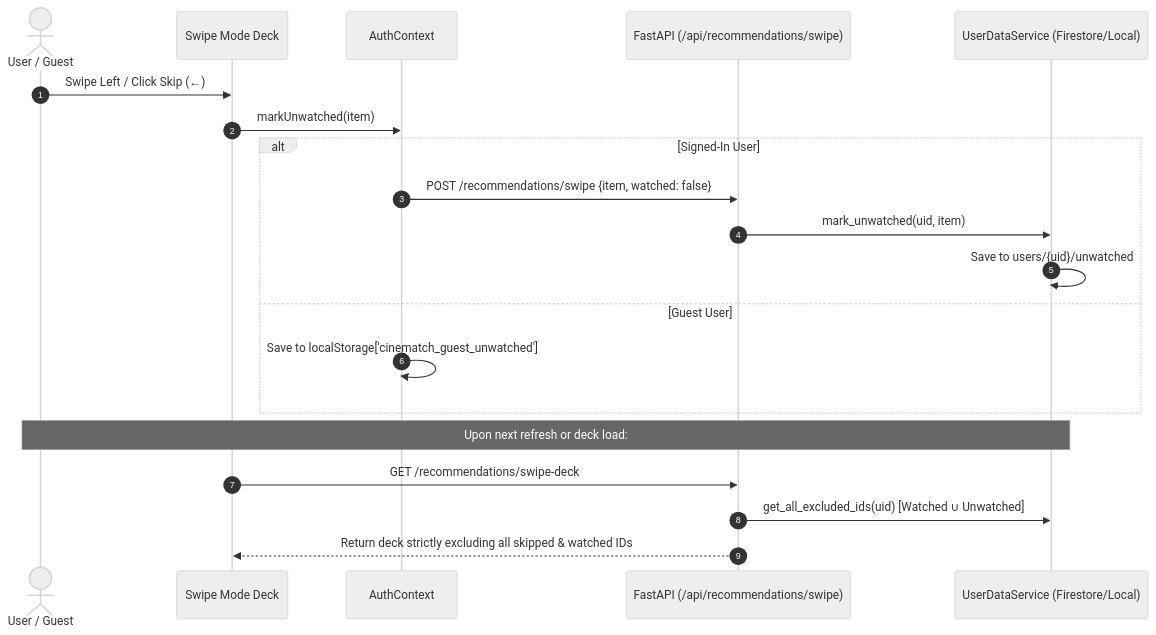
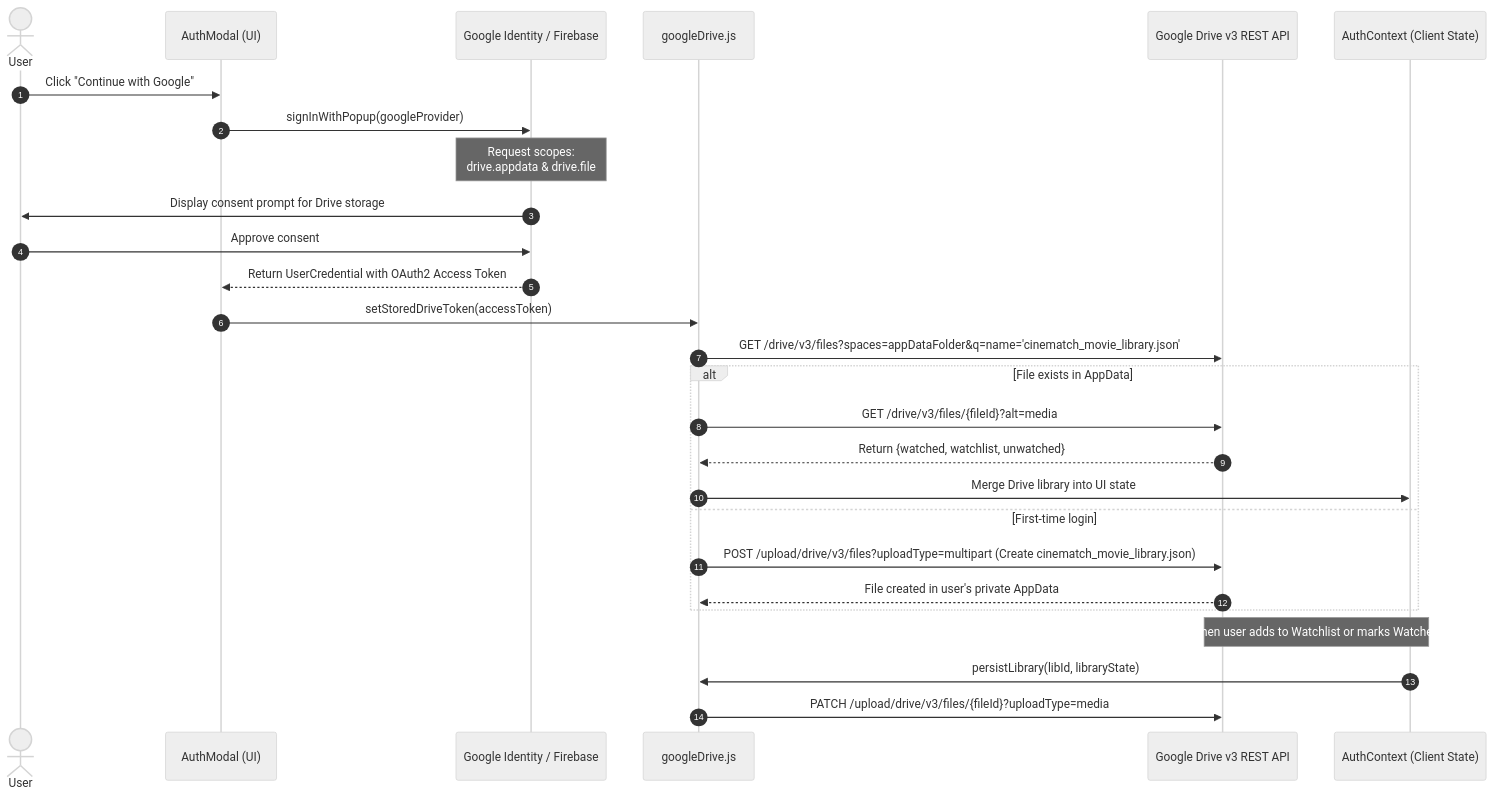
Before and after one commit to sahasbelbase/MovieRecommendation: the second of 2 diagrams in architecture.md, drawn with Mermaid (neutral theme). The commit also changed other lines of this file and 1 other file, not shown here.

Commit message:
docs: update README.md and architecture.md with Watchlist shelf, actor search, Google Drive storage and 12 test suites

````diff
--- a/architecture.md
+++ b/architecture.md
@@ -149,23 +124,30 @@
 ```mermaid
 sequenceDiagram
     autonumber
-    actor User as User / Guest
-    participant Deck as Swipe Mode Deck
-    participant Auth as AuthContext
-    participant API as FastAPI (/api/recommendations/swipe)
-    participant Store as UserDataService (Firestore/Local)
+    actor User as User
+    participant AuthModal as AuthModal (UI)
+    participant GoogleAuth as Google Identity / Firebase
+    participant DriveService as googleDrive.js
+    participant GoogleDrive as Google Drive v3 REST API
+    participant Context as AuthContext (Client State)
 
-    User->>Deck: Swipe Left / Click Skip (←)
-    Deck->>Auth: markUnwatched(item)
-    alt Signed-In User
-        Auth->>API: POST /recommendations/swipe {item, watched: false}
-        API->>Store: mark_unwatched(uid, item)
-        Store->>Store: Save to users/{uid}/unwatched
-    else Guest User
-        Auth->>Auth: Save to localStorage['cinematch_guest_unwatched']
+    User->>AuthModal: Click "Continue with Google"
+    AuthModal->>GoogleAuth: signInWithPopup(googleProvider)
+    Note over GoogleAuth: Request scopes:<br/>drive.appdata & drive.file
+    GoogleAuth->>User: Display consent prompt for Drive storage
+    User->>GoogleAuth: Approve consent
+    GoogleAuth-->>AuthModal: Return UserCredential with OAuth2 Access Token
+    AuthModal->>DriveService: setStoredDriveToken(accessToken)
+    DriveService->>GoogleDrive: GET /drive/v3/files?spaces=appDataFolder&q=name='cinematch_movie_library.json'
+    alt File exists in AppData
+        DriveService->>GoogleDrive: GET /drive/v3/files/{fileId}?alt=media
+        GoogleDrive-->>DriveService: Return {watched, watchlist, unwatched}
+        DriveService->>Context: Merge Drive library into UI state
+    else First-time login
+        DriveService->>GoogleDrive: POST /upload/drive/v3/files?uploadType=multipart (Create cinematch_movie_library.json)
+        GoogleDrive-->>DriveService: File created in user's private AppData
     end
-    Note over User,Store: Upon next refresh or deck load:
-    Deck->>API: GET /recommendations/swipe-deck
-    API->>Store: get_all_excluded_ids(uid) [Watched ∪ Unwatched]
-    API-->>Deck: Return deck strictly excluding all skipped & watched IDs
+    Note over Context,GoogleDrive: When user adds to Watchlist or marks Watched:
+    Context->>DriveService: persistLibrary(libId, libraryState)
+    DriveService->>GoogleDrive: PATCH /upload/drive/v3/files/{fileId}?uploadType=media
 ```
````
